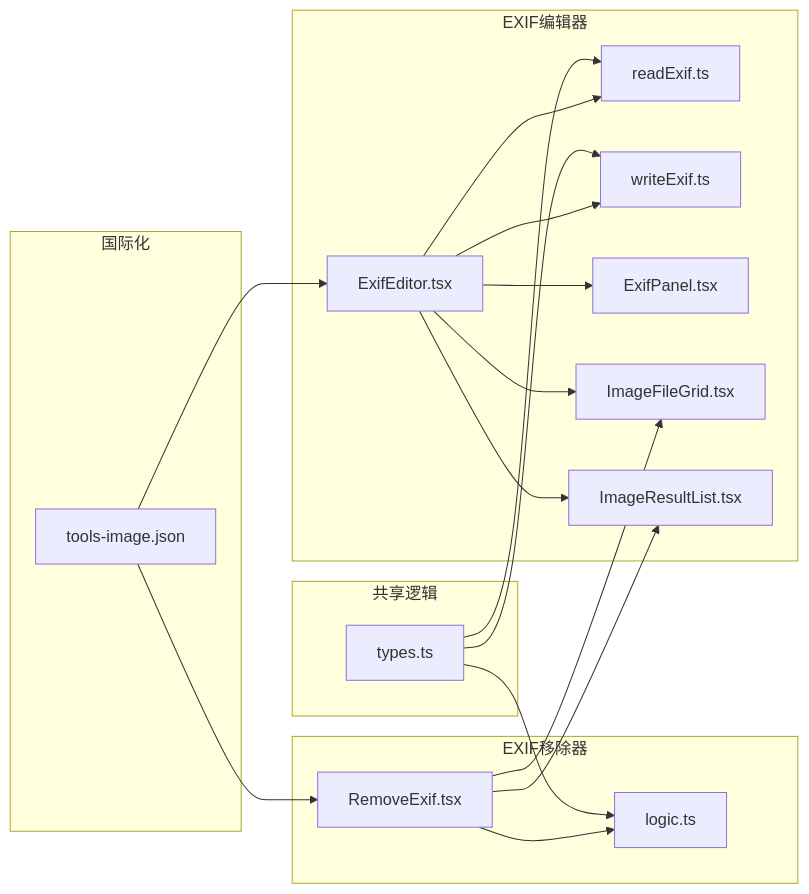
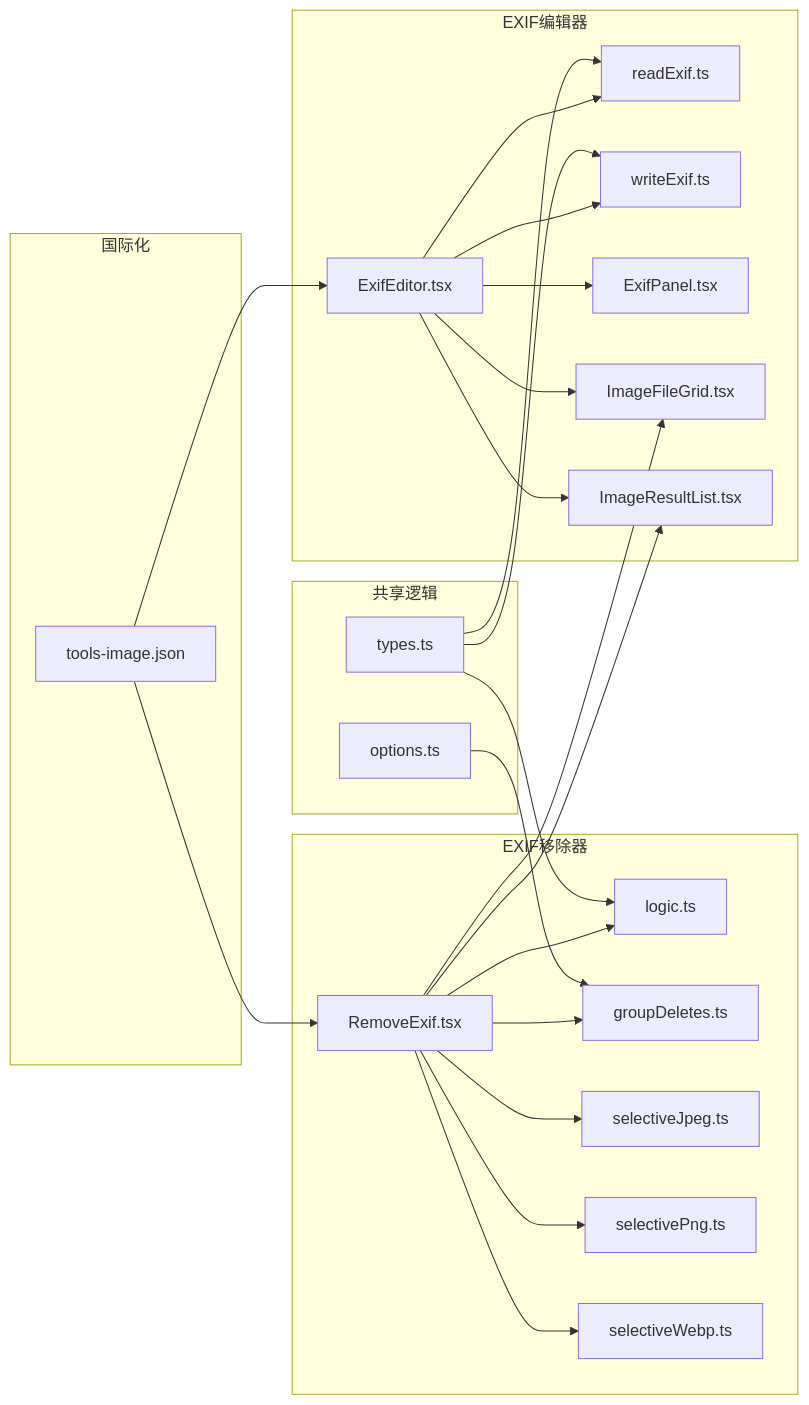
The eighth of 8 diagrams in .qoder/repowiki/zh/content/图像工具/EXIF管理.md (sgyy/privadeck), drawn with Mermaid before and after one commit. The commit also changed other lines of this file and 2 other files, not shown here.

````diff
--- a/.qoder/repowiki/zh/content/图像工具/EXIF管理.md
+++ b/.qoder/repowiki/zh/content/图像工具/EXIF管理.md
@@ -357,24 +502,29 @@
 ```mermaid
 graph LR
 subgraph "EXIF编辑器"
 EE["ExifEditor.tsx"] --> RE["readExif.ts"]
 EE --> WE["writeExif.ts"]
 EE --> EP["ExifPanel.tsx"]
 EE --> IFG["ImageFileGrid.tsx"]
 EE --> IRL["ImageResultList.tsx"]
 end
 subgraph "EXIF移除器"
 RE2["RemoveExif.tsx"] --> LG2["logic.ts"]
+RE2 --> GD["groupDeletes.ts"]
+RE2 --> SJ["selectiveJpeg.ts"]
+RE2 --> SP["selectivePng.ts"]
+RE2 --> SW["selectiveWebp.ts"]
 RE2 --> IFG
 RE2 --> IRL
 end
 subgraph "共享逻辑"
 TYPES["types.ts"] --> RE
 TYPES --> WE
 TYPES --> LG2
+OPT["options.ts"] --> GD
 end
 subgraph "国际化"
 MSG["tools-image.json"] --> EE
 MSG --> RE2
 end
 ```
````
